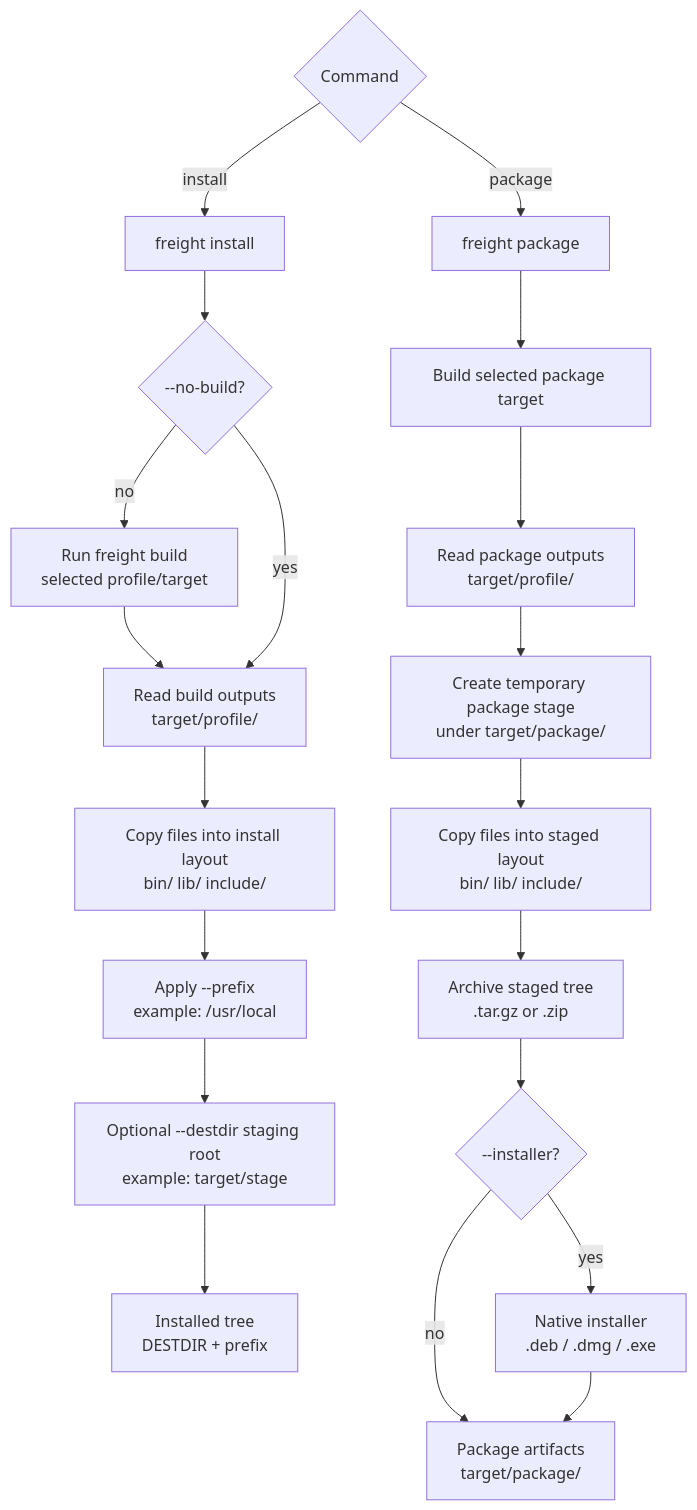
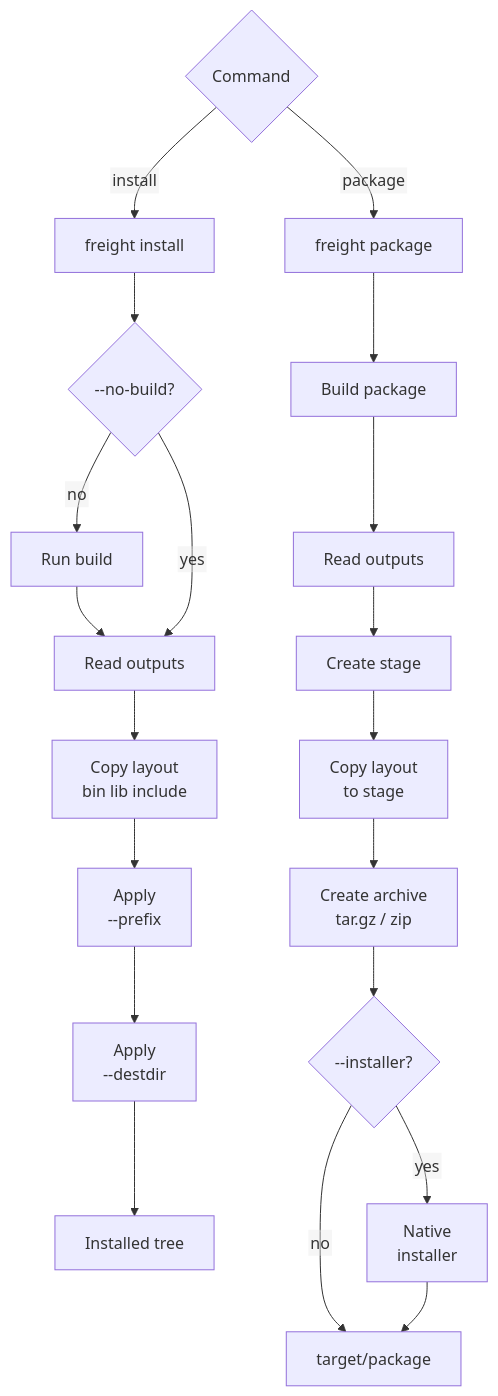
Before and after one commit to freight-app/freight-docs: the diagram in diagrams/install-package.mmd, drawn with Mermaid. The commit also changed 7 other files, not shown here.

Commit message:
docs: improve diagram label readability

```diff
--- a/diagrams/install-package.mmd
+++ b/diagrams/install-package.mmd
@@ -1,33 +1,34 @@
+%%{init: {"flowchart": {"htmlLabels": false}} }%%
 flowchart TD
   command{"Command"}
 
   install["freight install"]
   installBuild{"--no-build?"}
-  buildInstall["Run freight build<br/>selected profile/target"]
-  installOutputs["Read build outputs<br/>target/profile/"]
+  buildInstall["Run build"]
+  installOutputs["Read outputs"]
 
-  installTree["Copy files into install layout<br/>bin/ lib/ include/"]
-  prefix["Apply --prefix<br/>example: /usr/local"]
-  destdir["Optional --destdir staging root<br/>example: target/stage"]
-  installed["Installed tree<br/>DESTDIR + prefix"]
+  installTree["Copy layout<br/>bin lib include"]
+  prefix["Apply<br/>--prefix"]
+  destdir["Apply<br/>--destdir"]
+  installed["Installed tree"]
 
   package["freight package"]
-  packageBuild["Build selected package target"]
-  packageOutputs["Read package outputs<br/>target/profile/"]
-  stage["Create temporary package stage<br/>under target/package/"]
-  stageLayout["Copy files into staged layout<br/>bin/ lib/ include/"]
-  archive["Archive staged tree<br/>.tar.gz or .zip"]
+  packageBuild["Build package"]
+  packageOutputs["Read outputs"]
+  stage["Create stage"]
+  stageLayout["Copy layout<br/>to stage"]
+  archive["Create archive<br/>tar.gz / zip"]
   native{"--installer?"}
-  installer["Native installer<br/>.deb / .dmg / .exe"]
-  artifacts["Package artifacts<br/>target/package/"]
+  installer["Native<br/>installer"]
+  artifacts["target/package"]
 
   command -- "install" --> install --> installBuild
   installBuild -- "no" --> buildInstall --> installOutputs
   installBuild -- "yes" --> installOutputs
   installOutputs --> installTree
   installTree --> prefix --> destdir --> installed
 
   command -- "package" --> package --> packageBuild --> packageOutputs
   packageOutputs --> stage --> stageLayout --> archive --> native
   native -- "no" --> artifacts
   native -- "yes" --> installer --> artifacts
```
